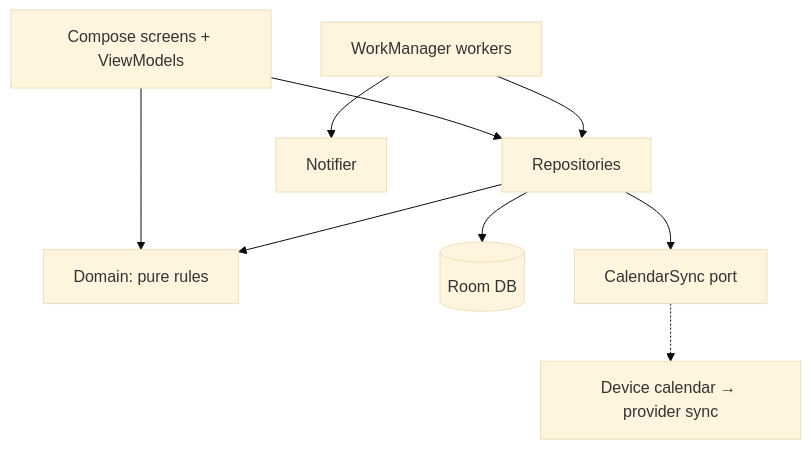
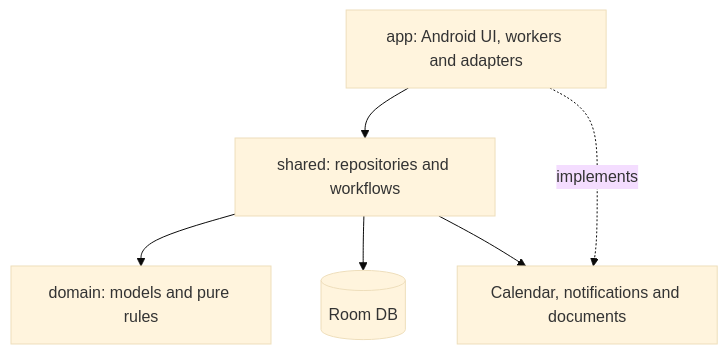
The diagram in docs/architecture.md (seblful/tutoring-app), drawn with Mermaid (base theme) before and after one commit. The commit also changed other lines of this file and 258 other files, not shown here.

````diff
--- a/docs/architecture.md
+++ b/docs/architecture.md
@@ -8,11 +9,8 @@
 ```mermaid
 flowchart TB
-    UI[Compose screens + ViewModels] --> Repos[Repositories]
-    UI --> Domain
-    Repos --> Domain[Domain: pure rules]
-    Repos --> Room[(Room DB)]
-    Repos --> Cal[CalendarSync port]
-    Work[WorkManager workers] --> Repos
-    Work --> Notif[Notifier]
-    Cal -.-> Device[Device calendar → provider sync]
+    App["app: Android UI, workers and adapters"] --> Shared["shared: repositories and workflows"]
+    Shared --> Domain["domain: models and pure rules"]
+    Shared --> Room[(Room DB)]
+    Shared --> Ports[Calendar, notifications and documents]
+    App -. implements .-> Ports
 ```
````
